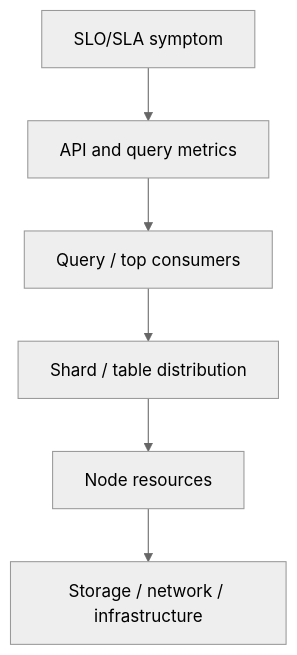
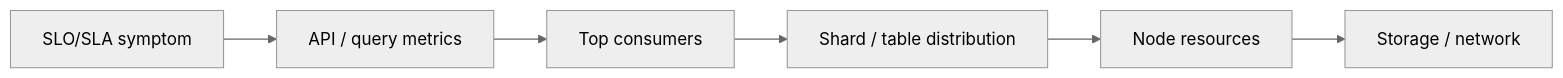
Before and after one commit to zinal/ydb: the second of 3 diagrams in ydb/docs/ru/core/devops/ydb-admin-distributed-system-presentation.md, drawn with Mermaid (neutral theme). The commit also changed other lines of this file, not shown here.

Commit message:
docs: compact mermaid diagrams for slides

````diff
--- a/ydb/docs/ru/core/devops/ydb-admin-distributed-system-presentation.md
+++ b/ydb/docs/ru/core/devops/ydb-admin-distributed-system-presentation.md
@@ -176,8 +176,8 @@
 ```mermaid
-flowchart TB
-    symptom["SLO/SLA symptom"] --> api["API and query metrics"]
-    api --> consumers["Query / top consumers"]
+flowchart LR
+    symptom["SLO/SLA symptom"] --> api["API / query metrics"]
+    api --> consumers["Top consumers"]
     consumers --> shards["Shard / table distribution"]
     shards --> resources["Node resources"]
-    resources --> infrastructure["Storage / network / infrastructure"]
+    resources --> infrastructure["Storage / network"]
 ```
````
